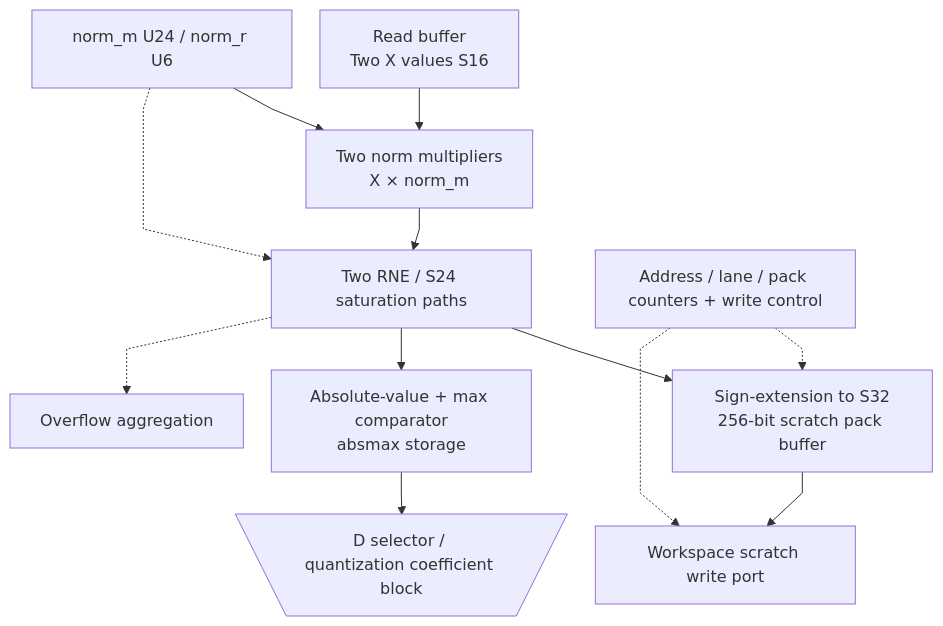
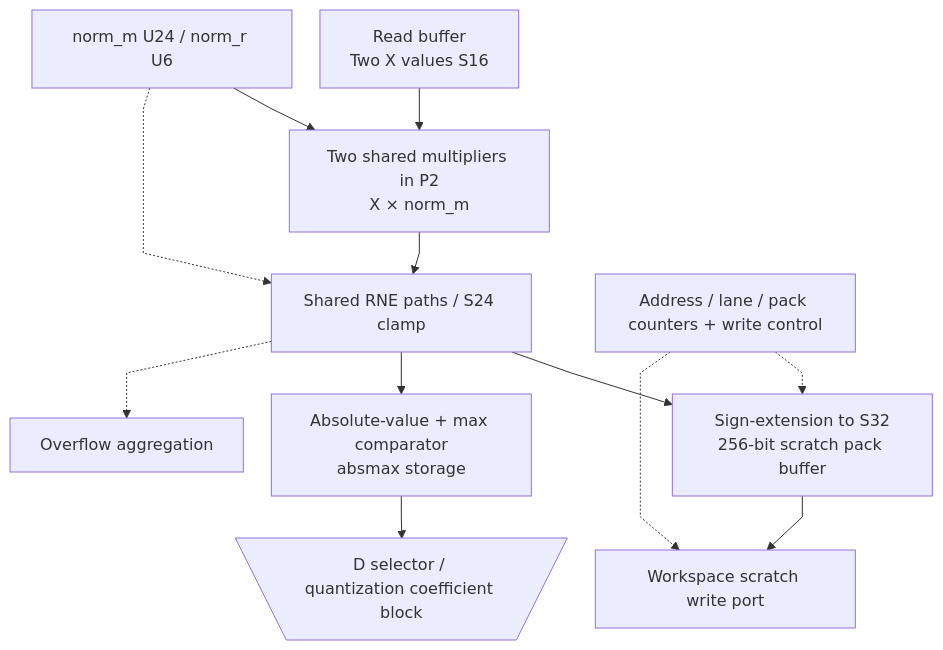
The fourth of 5 diagrams in docs/source_guide/blocks/norm.sv.md (nguyennhutkhanhtom/NPU), drawn with Mermaid before and after one commit. The commit also changed other lines of this file and 123 other files, not shown here.

````diff
--- a/docs/source_guide/blocks/norm.sv.md
+++ b/docs/source_guide/blocks/norm.sv.md
@@ -783,15 +836,15 @@
 ```mermaid
 flowchart TB
 %%{init: {"flowchart": {"subGraphTitleMargin": {"top": 8, "bottom": 20}, "nodeSpacing": 28, "rankSpacing": 42, "curve": "linear"}}}%%
-    X["Read buffer<br/>Two X values S16"] --> MUL["Two norm multipliers<br/>X × norm_m"]
+    X["Read buffer<br/>Two X values S16"] --> MUL["Two shared multipliers in P2<br/>X × norm_m"]
     COEF["norm_m U24 / norm_r U6"] --> MUL
-    MUL --> ROUND["Two RNE / S24 saturation paths"]
+    MUL --> ROUND["Shared RNE paths / S24 clamp"]
     COEF -.-> ROUND
     ROUND --> PACK["Sign-extension to S32<br/>256-bit scratch pack buffer"]
     ROUND --> MAX["Absolute-value + max comparator<br/>absmax storage"]
     PACK --> WS["Workspace scratch write port"]
     MAX --> D@{ shape: trap-t, label: "D selector / quantization coefficient block" }
     CTRL["Address / lane / pack counters + write control"] -.-> PACK
     CTRL -.-> WS
     ROUND -.-> OV["Overflow aggregation"]
 ```
````
